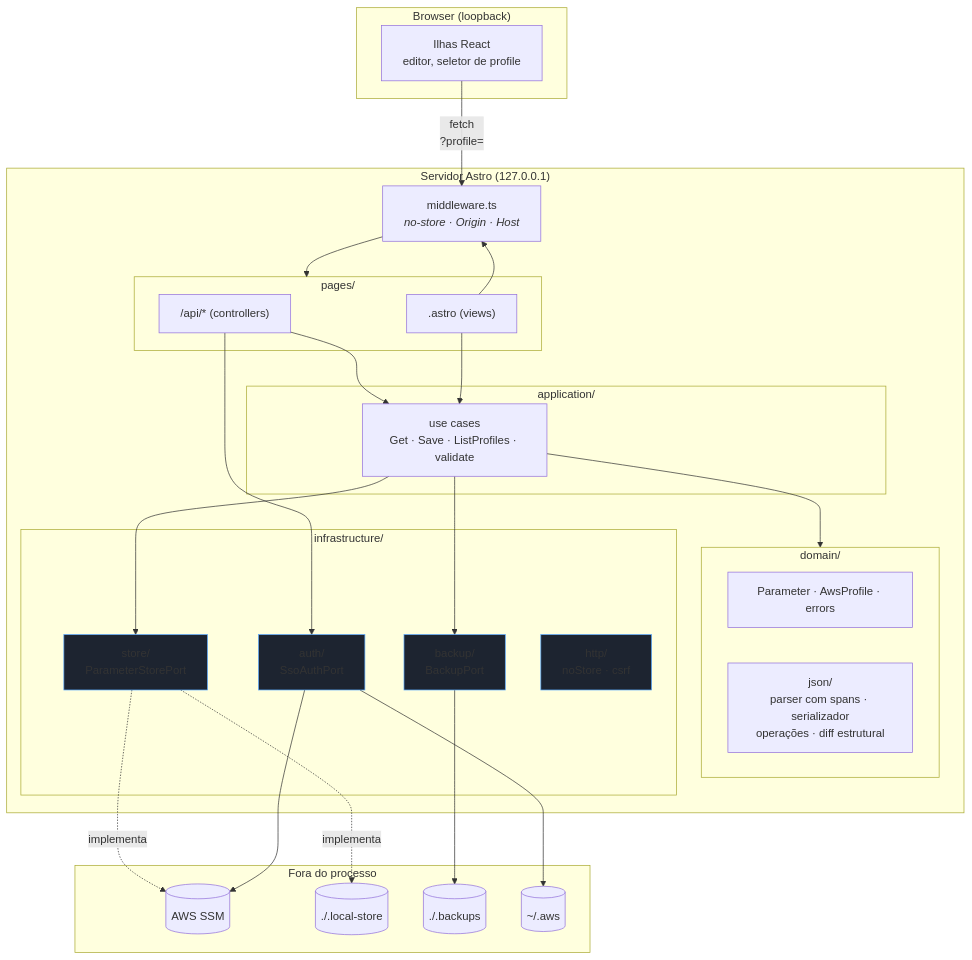
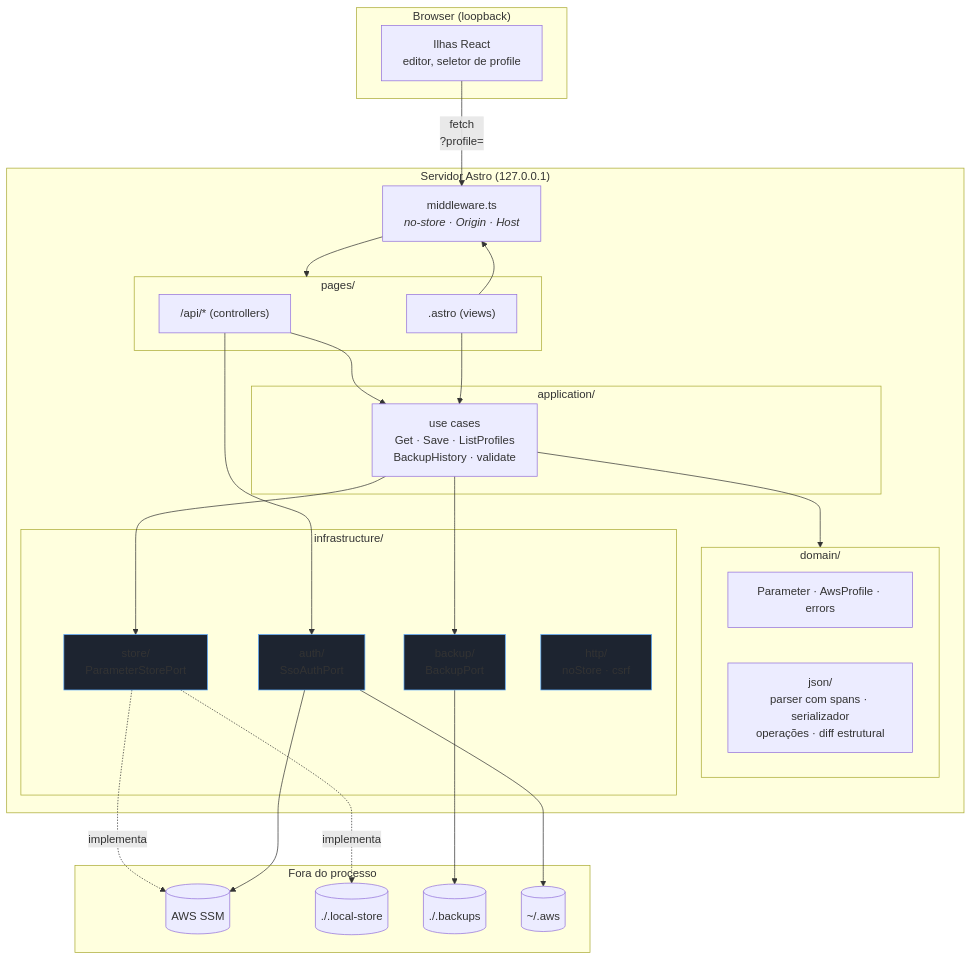
One commit to hiagors/ssm-config-panel changed the first of 5 diagrams in docs/architecture.md. Above: the diagram before and after it, drawn with Mermaid. The commit also changed other lines of this file and 31 other files, not shown here.

````diff
--- a/docs/architecture.md
+++ b/docs/architecture.md
@@ -9,57 +9,59 @@
 ```mermaid
 flowchart TB
   subgraph browser["Browser (loopback)"]
     island["Ilhas React<br/>editor, seletor de profile"]
   end
+
+%% A tela de backups é .astro puro: lista datas e versões, sem ilha.
 
   subgraph server["Servidor Astro (127.0.0.1)"]
     mw["middleware.ts<br/><i>no-store · Origin · Host</i>"]
 
     subgraph pages["pages/"]
       view[".astro (views)"]
       api["/api/* (controllers)"]
     end
 
     subgraph app["application/"]
-      uc["use cases<br/>Get · Save · ListProfiles · validate"]
+      uc["use cases<br/>Get · Save · ListProfiles<br/>BackupHistory · validate"]
     end
 
     subgraph dom["domain/"]
       model["Parameter · AwsProfile · errors"]
       json["json/<br/>parser com spans · serializador<br/>operações · diff estrutural"]
     end
 
     subgraph infra["infrastructure/"]
       store["store/<br/>ParameterStorePort"]
       auth["auth/<br/>SsoAuthPort"]
       backup["backup/<br/>BackupPort"]
       http["http/<br/>noStore · csrf"]
     end
   end
 
   subgraph out["Fora do processo"]
     ssm[("AWS SSM")]
     files[("./.local-store")]
     baks[("./.backups")]
     awscfg[("~/.aws")]
   end
 
   island -->|"fetch<br/>?profile="| mw
   view --> mw
   mw --> pages
   api --> uc
   view --> uc
   uc --> dom
   uc --> store
   uc --> backup
   api --> auth
 
   store -.->|implementa| ssm
   store -.->|implementa| files
   backup --> baks
   auth --> awscfg
   auth --> ssm
 
   classDef port fill:#1d2430,stroke:#5aa9ff
   class store,auth,backup,http port
 ```
````
